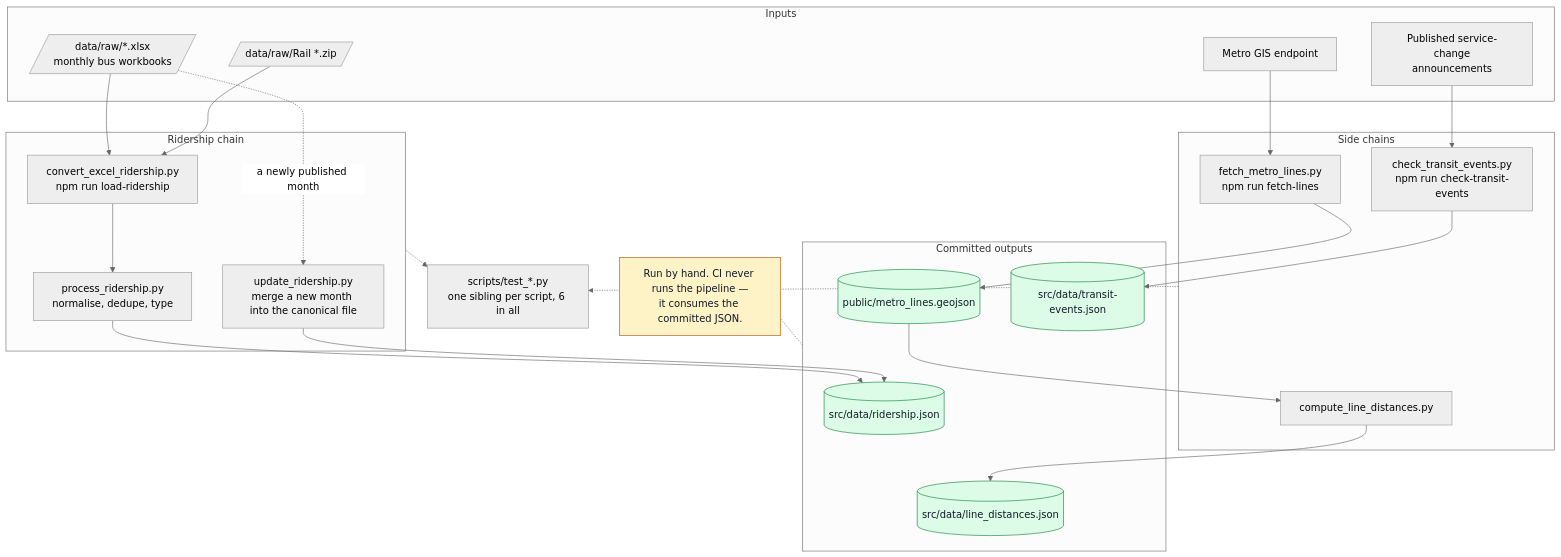
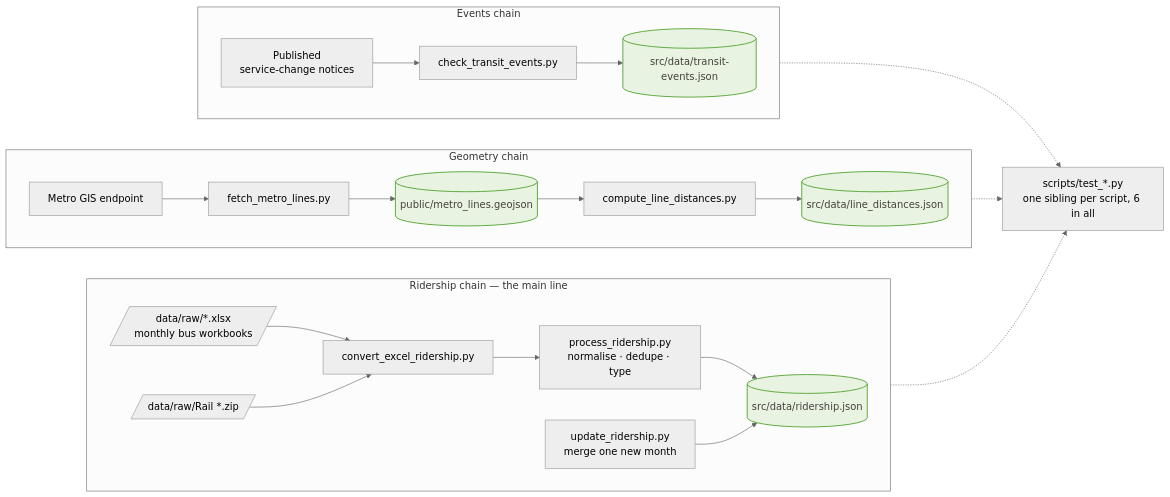
The third of 21 diagrams in docs/architecture/diagrams.md (streetsforall/metro_ridership_app), drawn with Mermaid (neutral theme) before and after one commit. The commit also changed other lines of this file and 38 other files, not shown here.

First line of the commit message:
docs: redraw the diagrams in the app's palette, and unstick CLAUDE.md

````diff
--- a/docs/architecture/diagrams.md
+++ b/docs/architecture/diagrams.md
@@ -180,52 +190,47 @@
 ```mermaid
-flowchart TB
-  subgraph inputs["Inputs"]
+flowchart LR
+  subgraph ridershipChain["Ridership chain — the main line"]
+    direction LR
     xlsx[/"data/raw/*.xlsx<br/>monthly bus workbooks"/]
     zips[/"data/raw/Rail *.zip"/]
-    gisapi["Metro GIS endpoint"]
-    sources["Published service-change<br/>announcements"]
+    convert["convert_excel_ridership.py"]
+    process["process_ridership.py<br/>normalise · dedupe · type"]
+    update["update_ridership.py<br/>merge one new month"]
+    ridJson[("src/data/ridership.json")]
+
+    xlsx --> convert
+    zips --> convert
+    convert --> process
+    process --> ridJson
+    update --> ridJson
   end
 
-  subgraph ridershipChain["Ridership chain"]
-    convert["convert_excel_ridership.py<br/>npm run load-ridership"]
-    process["process_ridership.py<br/>normalise, dedupe, type"]
-    update["update_ridership.py<br/>merge a new month into the canonical file"]
+  subgraph geometry["Geometry chain"]
+    direction LR
+    gisapi["Metro GIS endpoint"]
+    fetchLines["fetch_metro_lines.py"]
+    geojson[("public/metro_lines.geojson")]
+    distances["compute_line_distances.py"]
+    distJson[("src/data/line_distances.json")]
+
+    gisapi --> fetchLines --> geojson --> distances --> distJson
   end
 
-  subgraph sideChains["Side chains"]
-    fetchLines["fetch_metro_lines.py<br/>npm run fetch-lines"]
-    distances["compute_line_distances.py"]
-    checkEvents["check_transit_events.py<br/>npm run check-transit-events"]
-  end
+  subgraph eventsChain["Events chain"]
+    direction LR
+    sources["Published<br/>service-change notices"]
+    checkEvents["check_transit_events.py"]
+    events[("src/data/transit-events.json")]
 
-  subgraph outputs["Committed outputs"]
-    ridJson[("src/data/ridership.json")]
-    geojson[("public/metro_lines.geojson")]
-    distJson[("src/data/line_distances.json")]
-    events[("src/data/transit-events.json")]
+    sources --> checkEvents --> events
   end
 
   tests["scripts/test_*.py<br/>one sibling per script, 6 in all"]
 
-  xlsx --> convert
-  zips --> convert
-  convert --> process
-  process --> ridJson
-  update --> ridJson
-  xlsx -. "a newly published month" .-> update
+  process -.-> tests
+  fetchLines -.-> tests
+  checkEvents -.-> tests
 
-  gisapi --> fetchLines --> geojson
-  geojson --> distances --> distJson
-  sources --> checkEvents --> events
-
-  ridershipChain -.-> tests
-  sideChains -.-> tests
-
-  note["Run by hand. CI never runs the pipeline —<br/>it consumes the committed JSON."]
-  note -.- outputs
-
-  classDef out fill:#dcfce7,stroke:#15803d,color:#111827
-  classDef warn fill:#fef3c7,stroke:#b45309,color:#111827
-  class ridJson,geojson,distJson,events out
-  class note warn
+  classDef surface fill:#e8f3e2,stroke:#58a738,stroke-width:1.5px,color:#44403c
+  class ridJson,geojson,distJson,events surface
 ```
````
